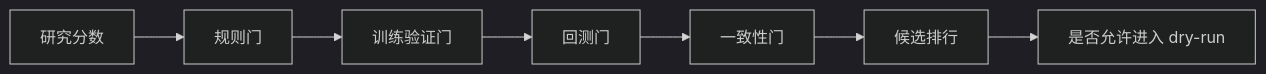
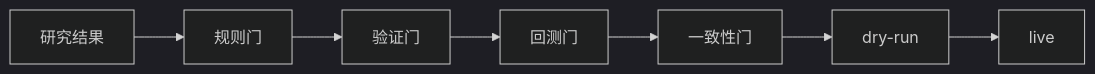
Before and after one commit to tutouguai1933/Quant: the third of 3 diagrams in docs/system-flow-guide.md, drawn with Mermaid (dark theme). The commit also changed other lines of this file and 45 other files, not shown here.

````diff
--- a/docs/system-flow-guide.md
+++ b/docs/system-flow-guide.md
@@ -199,9 +121,9 @@
 ```mermaid
 flowchart LR
-    A[研究分数] --> B[规则门]
-    B --> C[训练验证门]
+    A[研究结果] --> B[规则门]
+    B --> C[验证门]
     C --> D[回测门]
     D --> E[一致性门]
-    E --> F[候选排行]
-    F --> G[是否允许进入 dry-run]
+    E --> F[dry-run]
+    F --> G[live]
 ```
````
